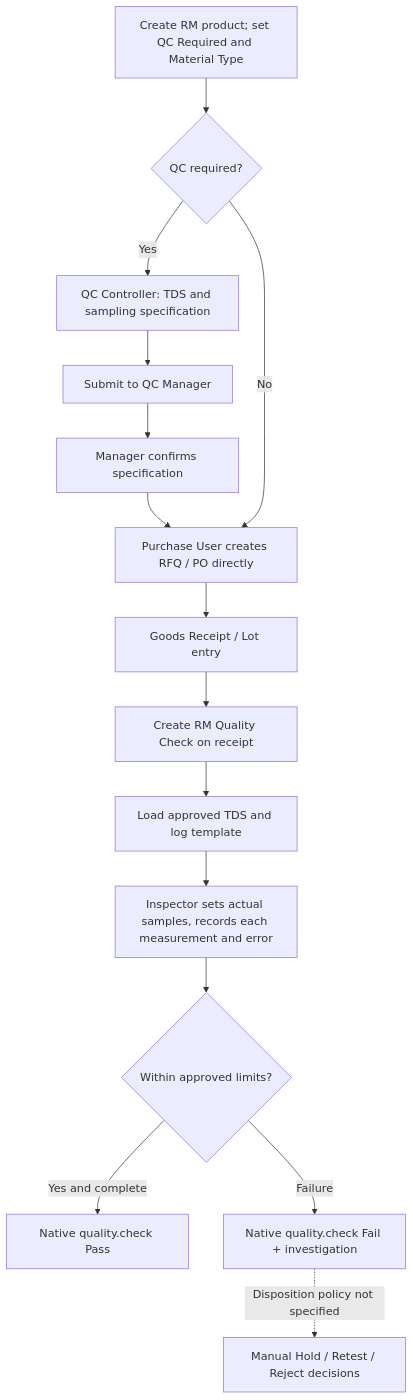
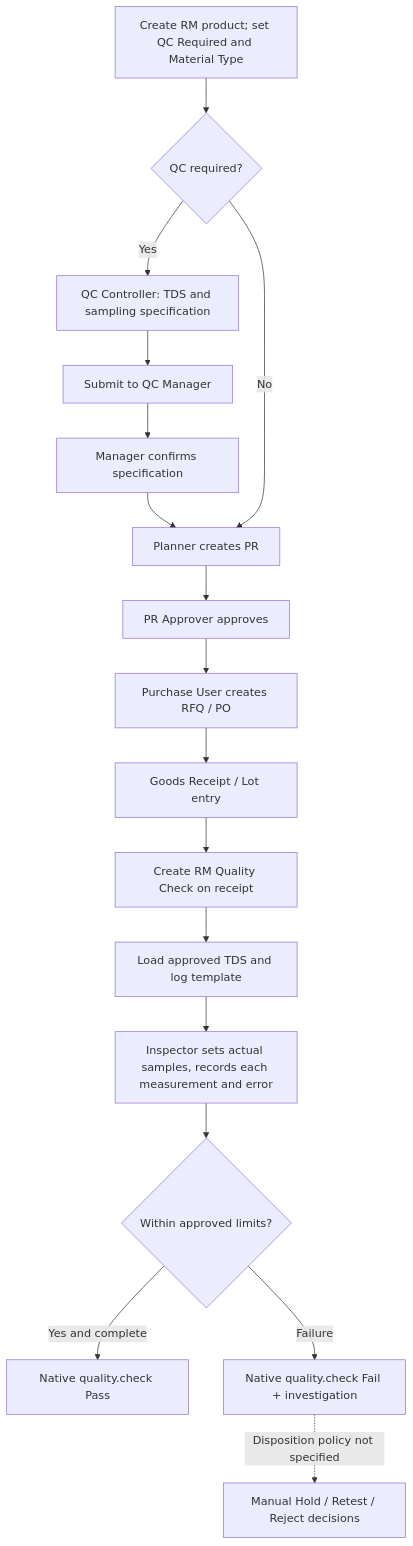
The diagram in quality_rm_spec_sampling/README.md (dev-lamia/custom19s), drawn with Mermaid before and after one commit. The commit also changed other lines of this file and 10 other files, not shown here.

````diff
--- a/quality_rm_spec_sampling/README.md
+++ b/quality_rm_spec_sampling/README.md
@@ -67,17 +62,19 @@
 ```mermaid
 flowchart TD
     A[Create RM product; set QC Required and Material Type] --> B{QC required?}
     B -->|Yes| C[QC Controller: TDS and sampling specification]
     C --> D[Submit to QC Manager]
     D --> E[Manager confirms specification]
-    E --> H[Purchase User creates RFQ / PO directly]
-    B -->|No| H
+    E --> F[Planner creates PR]
+    B -->|No| F
+    F --> G[PR Approver approves]
+    G --> H[Purchase User creates RFQ / PO]
     H --> I[Goods Receipt / Lot entry]
     I --> J[Create RM Quality Check on receipt]
     J --> K[Load approved TDS and log template]
     K --> L[Inspector sets actual samples, records each measurement and error]
     L --> M{Within approved limits?}
     M -->|Yes and complete| N[Native quality.check Pass]
     M -->|Failure| O[Native quality.check Fail + investigation]
     O -. Disposition policy not specified .-> P[Manual Hold / Retest / Reject decisions]
 ```
````
